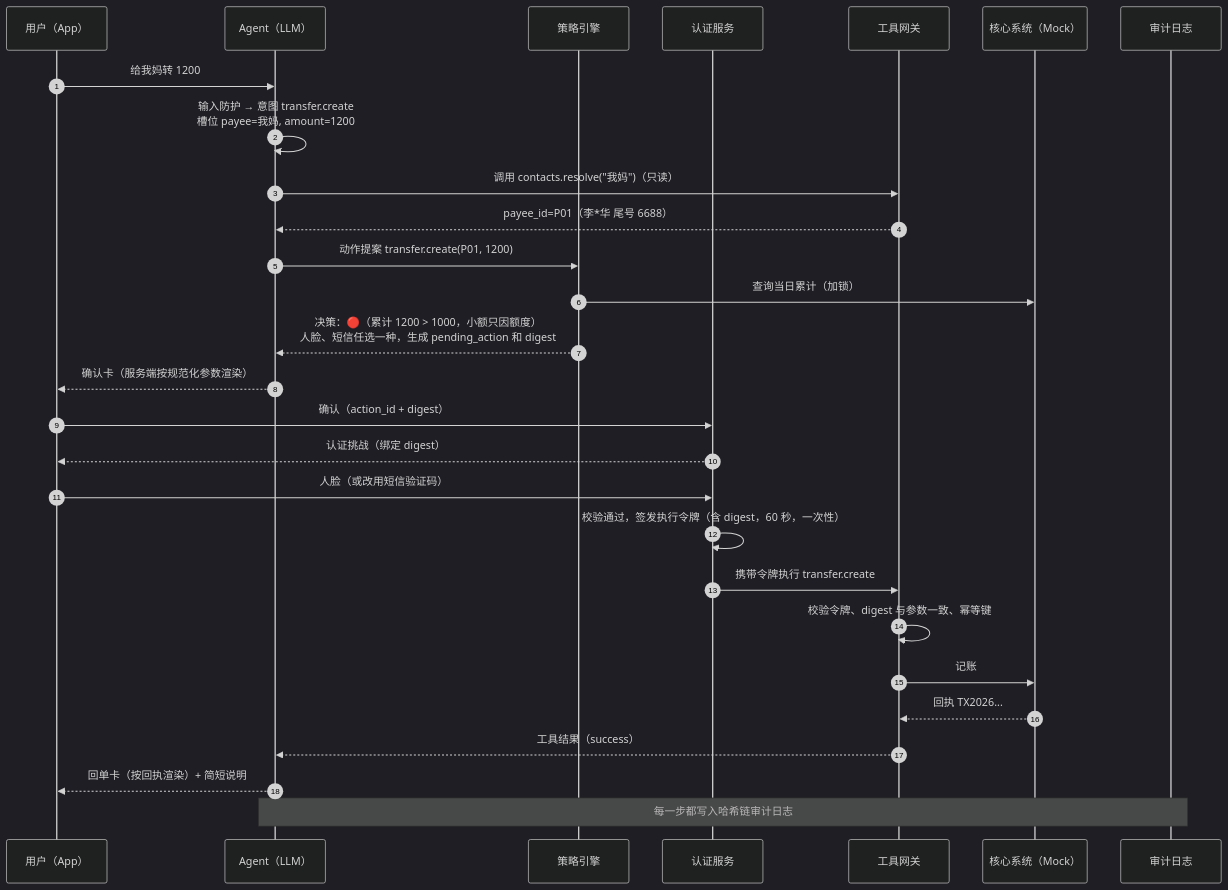
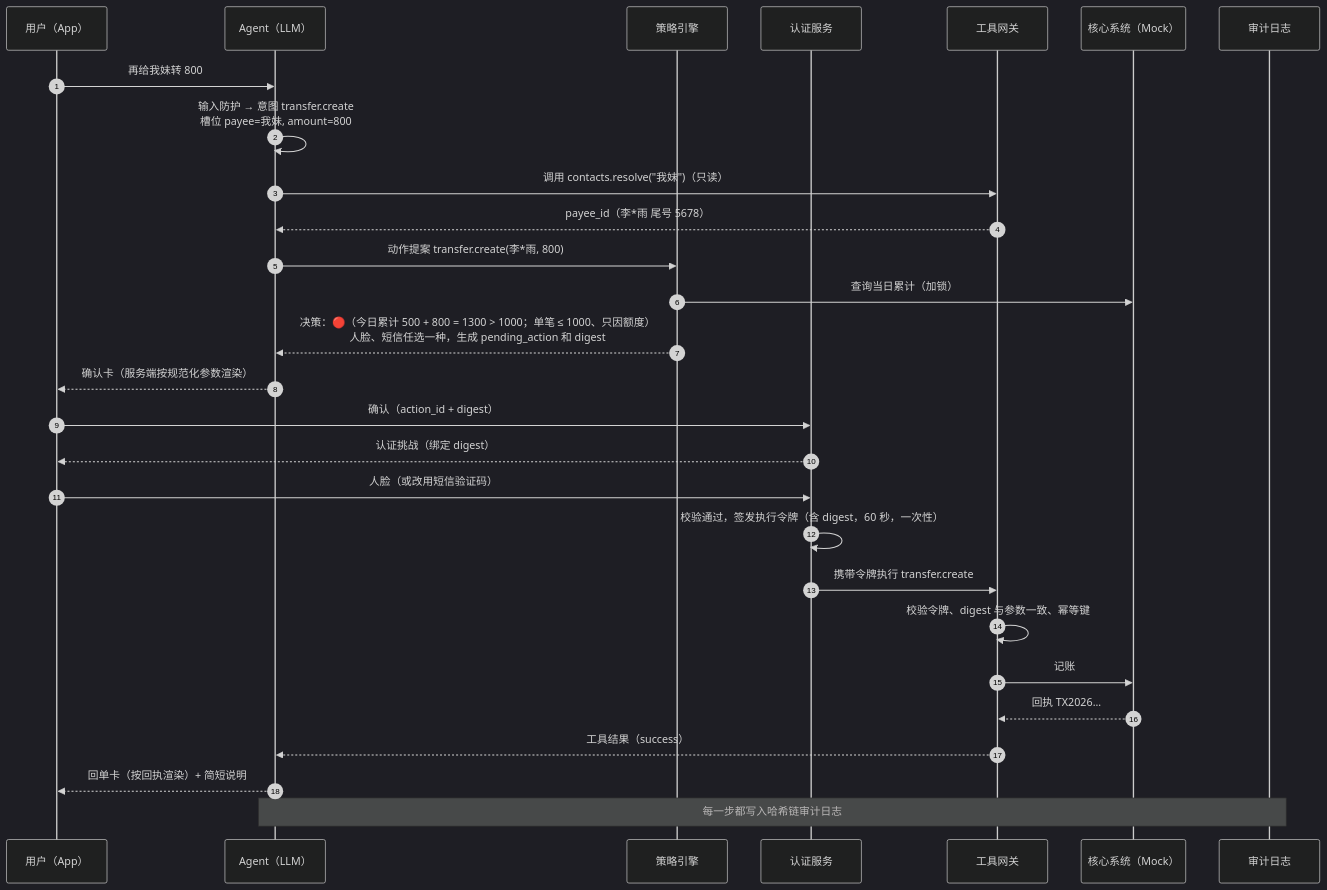
The second of 9 diagrams in docs/02-产品技术文档.md (SuperWheel/saydo-agent), drawn with Mermaid (dark theme) before and after one commit. The commit also changed other lines of this file and 10 other files, not shown here.

````diff
--- a/docs/02-产品技术文档.md
+++ b/docs/02-产品技术文档.md
@@ -121,31 +121,31 @@
 ```mermaid
 sequenceDiagram
     autonumber
     participant U as 用户（App）
     participant A as Agent（LLM）
     participant P as 策略引擎
     participant S as 认证服务
     participant T as 工具网关
     participant C as 核心系统（Mock）
     participant L as 审计日志
 
-    U->>A: 给我妈转 1200
-    A->>A: 输入防护 → 意图 transfer.create<br/>槽位 payee=我妈, amount=1200
-    A->>T: 调用 contacts.resolve("我妈")（只读）
-    T-->>A: payee_id=P01（李*华 尾号 6688）
-    A->>P: 动作提案 transfer.create(P01, 1200)
+    U->>A: 再给我妹转 800
+    A->>A: 输入防护 → 意图 transfer.create<br/>槽位 payee=我妹, amount=800
+    A->>T: 调用 contacts.resolve("我妹")（只读）
+    T-->>A: payee_id（李*雨 尾号 5678）
+    A->>P: 动作提案 transfer.create(李*雨, 800)
     P->>C: 查询当日累计（加锁）
-    P-->>A: 决策：🔴（累计 1200 > 1000，小额只因额度）<br/>人脸、短信任选一种，生成 pending_action 和 digest
+    P-->>A: 决策：🔴（今日累计 500 + 800 = 1300 > 1000；单笔 ≤ 1000、只因额度）<br/>人脸、短信任选一种，生成 pending_action 和 digest
     A-->>U: 确认卡（服务端按规范化参数渲染）
     U->>S: 确认（action_id + digest）
     S-->>U: 认证挑战（绑定 digest）
     U->>S: 人脸（或改用短信验证码）
     S->>S: 校验通过，签发执行令牌（含 digest，60 秒，一次性）
     S->>T: 携带令牌执行 transfer.create
     T->>T: 校验令牌、digest 与参数一致、幂等键
     T->>C: 记账
     C-->>T: 回执 TX2026...
     T-->>A: 工具结果（success）
     A-->>U: 回单卡（按回执渲染）+ 简短说明
     Note over A,L: 每一步都写入哈希链审计日志
 ```
````
